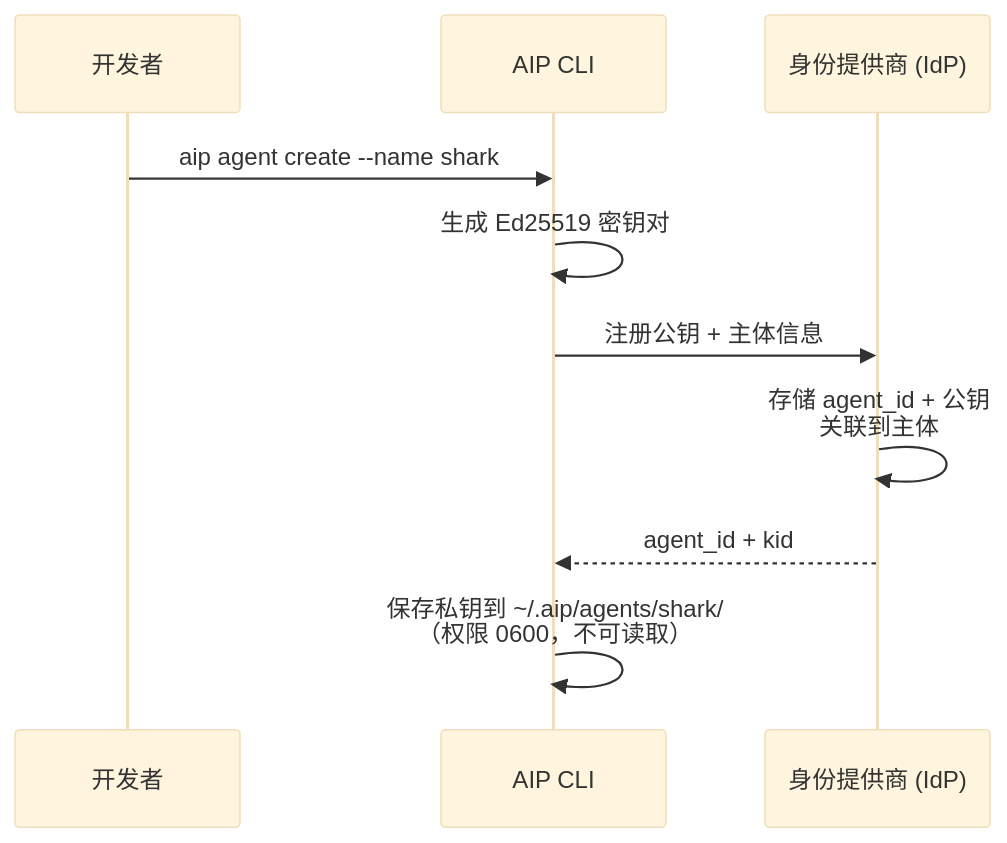
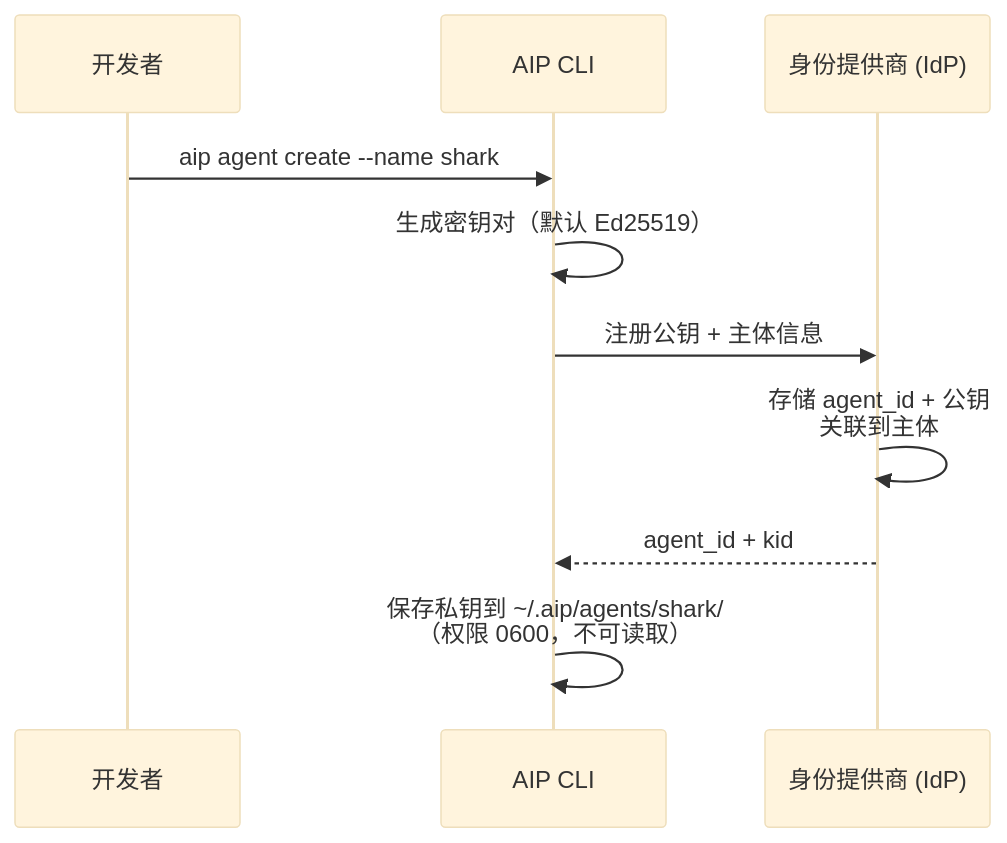
Before and after one commit to agentscope-ai/agent-identity: the second of 9 diagrams in README.md, drawn with Mermaid (base theme). The commit also changed other lines of this file, not shown here.

````diff
--- a/README.md
+++ b/README.md
@@ -66,13 +66,13 @@
 ```mermaid
 sequenceDiagram
     participant Dev as 开发者
     participant CLI as AIP CLI
     participant IdP as 身份提供商 (IdP)
 
     Dev->>CLI: aip agent create --name shark
-    CLI->>CLI: 生成 Ed25519 密钥对
+    CLI->>CLI: 生成密钥对（默认 Ed25519）
     CLI->>IdP: 注册公钥 + 主体信息
     IdP->>IdP: 存储 agent_id + 公钥<br/>关联到主体
     IdP-->>CLI: agent_id + kid
     CLI->>CLI: 保存私钥到 ~/.aip/agents/shark/<br/>（权限 0600，不可读取）
 ```
````
